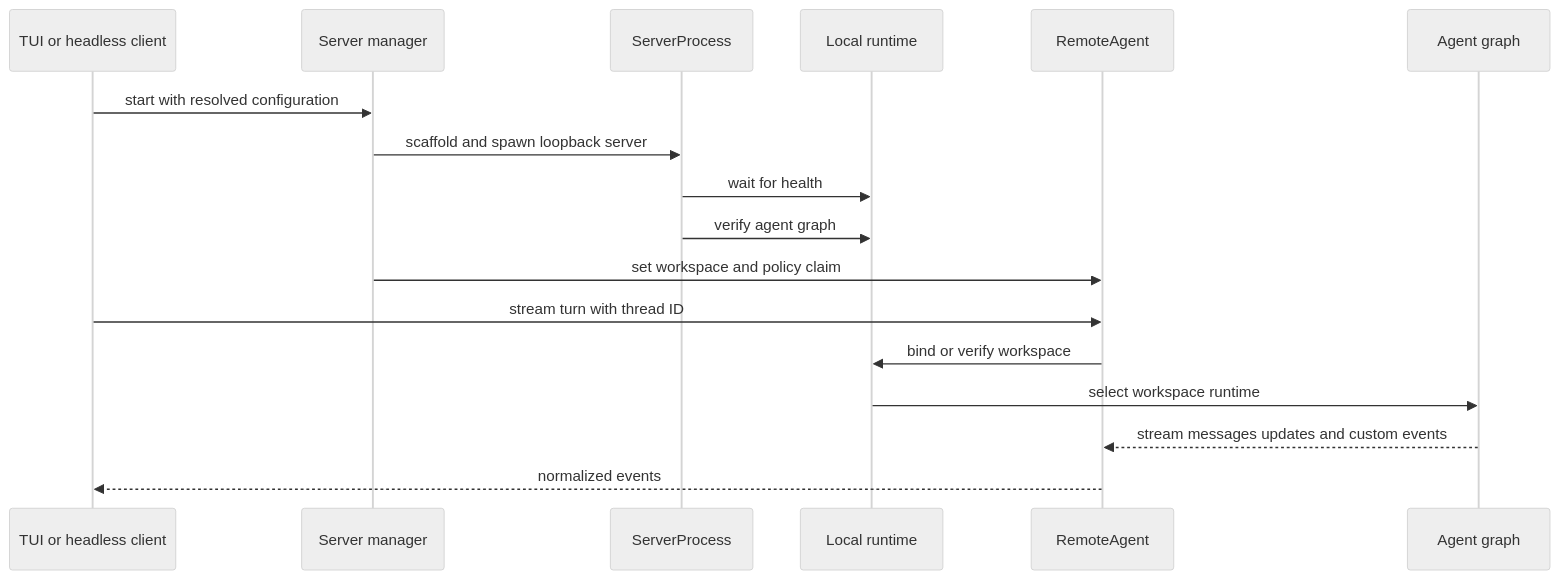
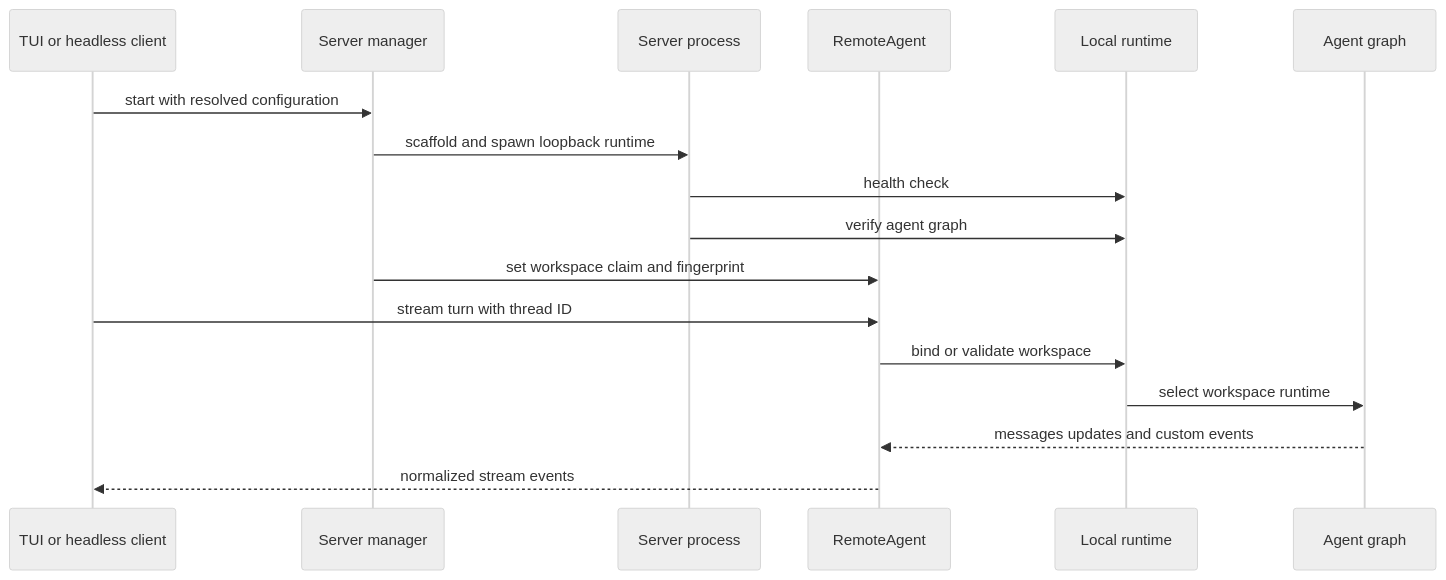
The second of 3 diagrams in openwiki/workflows/run-dcode-session.md (langchain-ai/deepagents), drawn with Mermaid (neutral theme) before and after one commit. The commit also changed other lines of this file and 46 other files, not shown here.

````diff
--- a/openwiki/workflows/run-dcode-session.md
+++ b/openwiki/workflows/run-dcode-session.md
@@ -91,19 +95,19 @@
 ```mermaid
 sequenceDiagram
     participant Client as TUI or headless client
     participant Manager as Server manager
-    participant Process as ServerProcess
+    participant Process as Server process
+    participant Remote as RemoteAgent
     participant Runtime as Local runtime
-    participant Remote as RemoteAgent
     participant Graph as Agent graph
     Client->>Manager: start with resolved configuration
-    Manager->>Process: scaffold and spawn loopback server
-    Process->>Runtime: wait for health
+    Manager->>Process: scaffold and spawn loopback runtime
+    Process->>Runtime: health check
     Process->>Runtime: verify agent graph
-    Manager->>Remote: set workspace and policy claim
+    Manager->>Remote: set workspace claim and fingerprint
     Client->>Remote: stream turn with thread ID
-    Remote->>Runtime: bind or verify workspace
+    Remote->>Runtime: bind or validate workspace
     Runtime->>Graph: select workspace runtime
-    Graph-->>Remote: stream messages updates and custom events
-    Remote-->>Client: normalized events
+    Graph-->>Remote: messages updates and custom events
+    Remote-->>Client: normalized stream events
 ```
````
